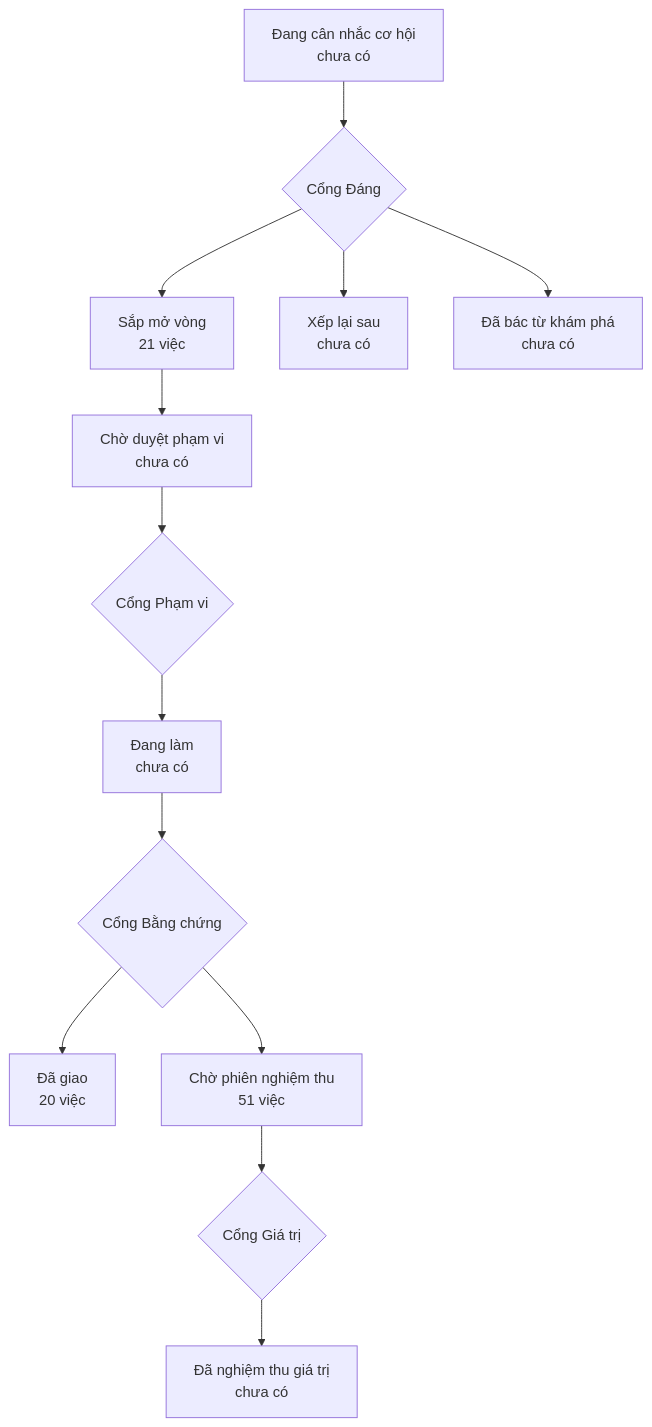
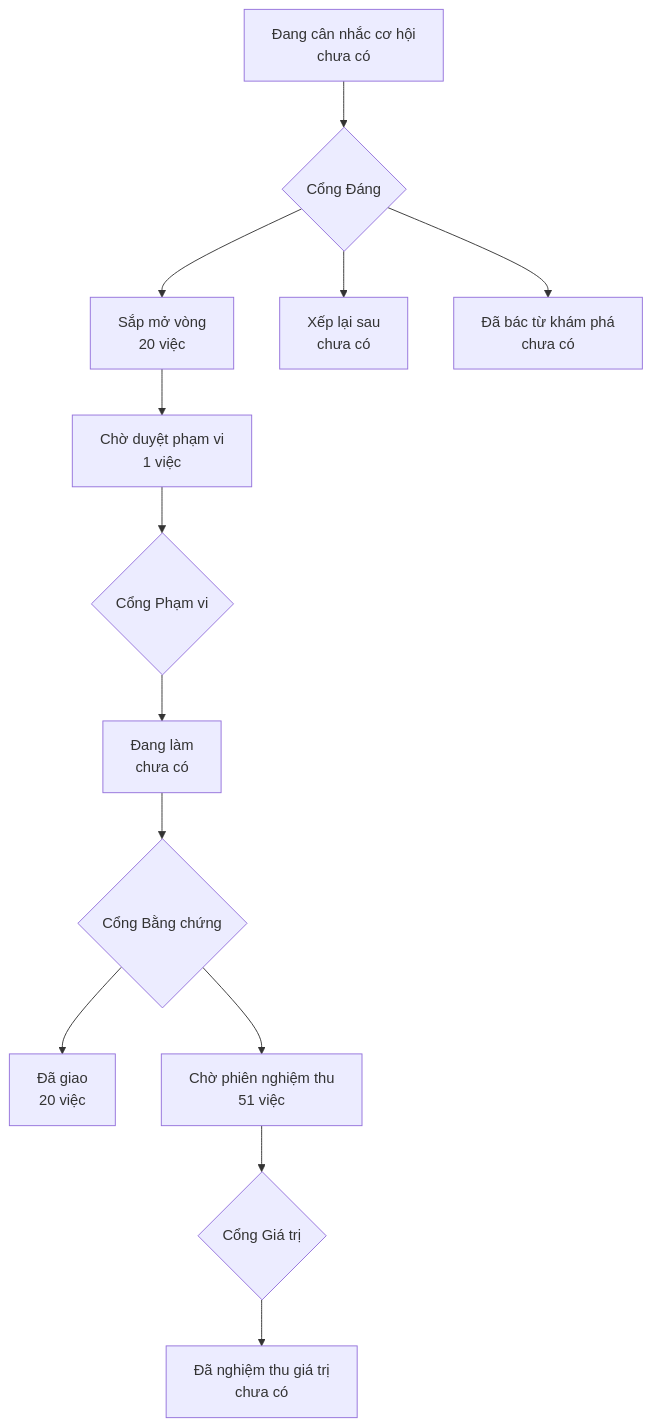
Before and after one commit to phanlemanh/onehub-quy-hang: the diagram in PRODUCT-MAP.md, drawn with Mermaid. The commit also changed other lines of this file and 10 other files, not shown here.

Commit message:
docs(so-diem-bien-thien): thiết kế, hợp đồng, đánh giá — Cổng Phạm vi

````diff
--- a/PRODUCT-MAP.md
+++ b/PRODUCT-MAP.md
@@ -7,12 +7,12 @@
 ```mermaid
 flowchart TD
   A["Đang cân nhắc cơ hội<br/>chưa có"] --> GD{"Cổng Đáng"}
-  GD --> B["Sắp mở vòng<br/>21 việc"]
+  GD --> B["Sắp mở vòng<br/>20 việc"]
   GD --> XL["Xếp lại sau<br/>chưa có"]
   GD --> DB["Đã bác từ khám phá<br/>chưa có"]
-  B --> CD["Chờ duyệt phạm vi<br/>chưa có"] --> GP{"Cổng Phạm vi"}
+  B --> CD["Chờ duyệt phạm vi<br/>1 việc"] --> GP{"Cổng Phạm vi"}
   GP --> DL["Đang làm<br/>chưa có"] --> GB{"Cổng Bằng chứng"}
   GB --> DG["Đã giao<br/>20 việc"]
   GB --> CN["Chờ phiên nghiệm thu<br/>51 việc"] --> GG{"Cổng Giá trị"}
   GG --> NT["Đã nghiệm thu giá trị<br/>chưa có"]
 ```
````
